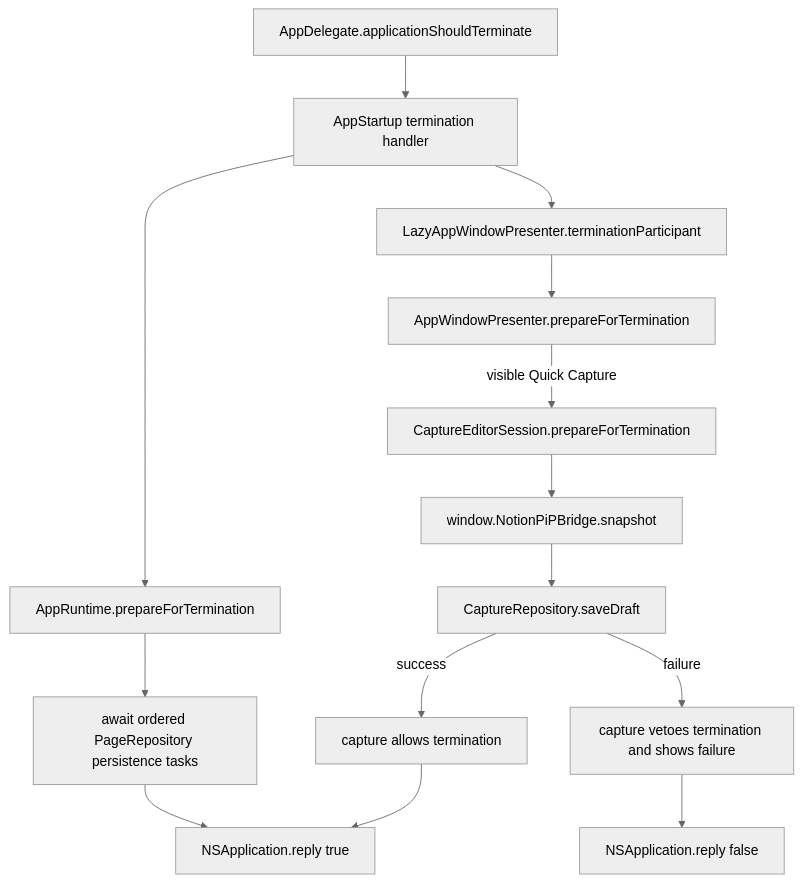
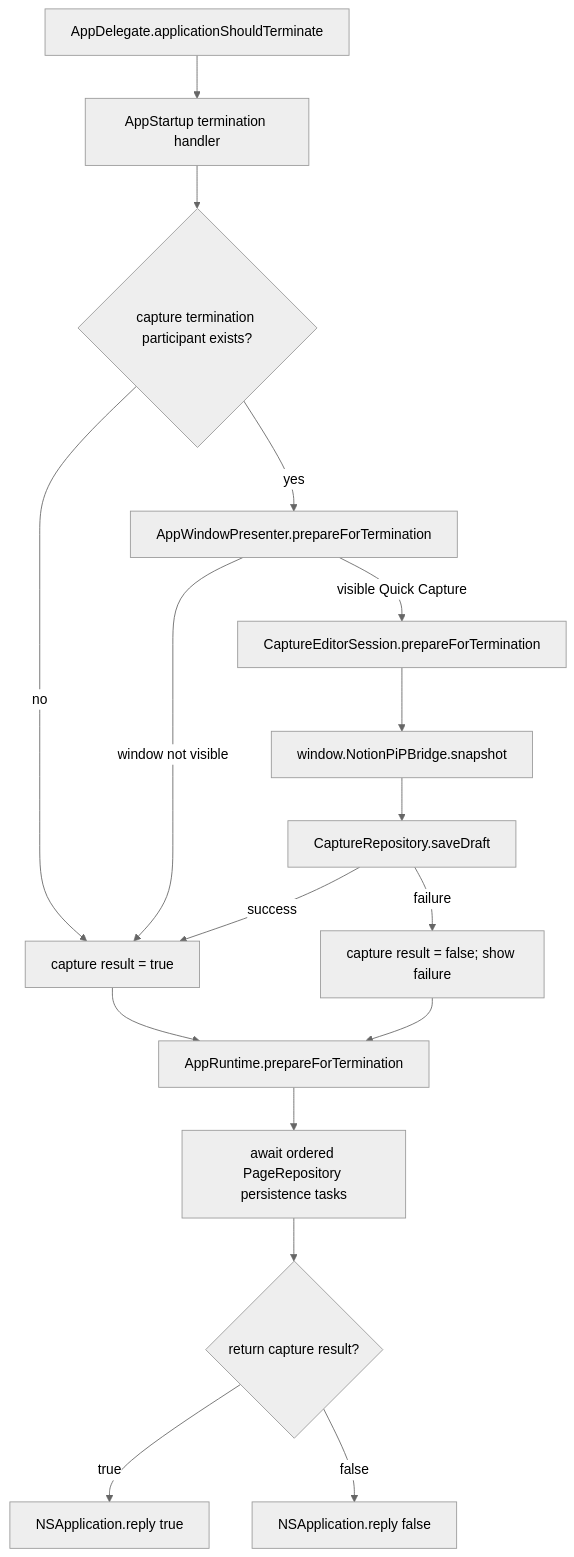
Before and after one commit to fantomsuj/notion-pip: the fifth of 6 diagrams in docs/course/ARCHITECTURE_MAP.md, drawn with Mermaid (neutral theme). The commit also changed other lines of this file and 2 other files, not shown here.

````diff
--- a/docs/course/ARCHITECTURE_MAP.md
+++ b/docs/course/ARCHITECTURE_MAP.md
@@ -209,16 +209,19 @@
 ```mermaid
 flowchart TD
     A["AppDelegate.applicationShouldTerminate"] --> B["AppStartup termination handler"]
-    B --> C["LazyAppWindowPresenter.terminationParticipant"]
-    C --> D["AppWindowPresenter.prepareForTermination"]
+    B --> C{"capture termination participant exists?"}
+    C -->|yes| D["AppWindowPresenter.prepareForTermination"]
+    C -->|no| H["capture result = true"]
     D -->|visible Quick Capture| E["CaptureEditorSession.prepareForTermination"]
+    D -->|window not visible| H
     E --> F["window.NotionPiPBridge.snapshot"]
     F --> G["CaptureRepository.saveDraft"]
-    G -->|success| H["capture allows termination"]
-    G -->|failure| I["capture vetoes termination and shows failure"]
-    B --> J["AppRuntime.prepareForTermination"]
+    G -->|success| H
+    G -->|failure| I["capture result = false; show failure"]
+    H --> J["AppRuntime.prepareForTermination"]
+    I --> J
     J --> K["await ordered PageRepository persistence tasks"]
-    H --> L["NSApplication.reply true"]
-    K --> L
-    I --> M["NSApplication.reply false"]
+    K --> L{"return capture result?"}
+    L -->|true| M["NSApplication.reply true"]
+    L -->|false| N["NSApplication.reply false"]
 ```
````
